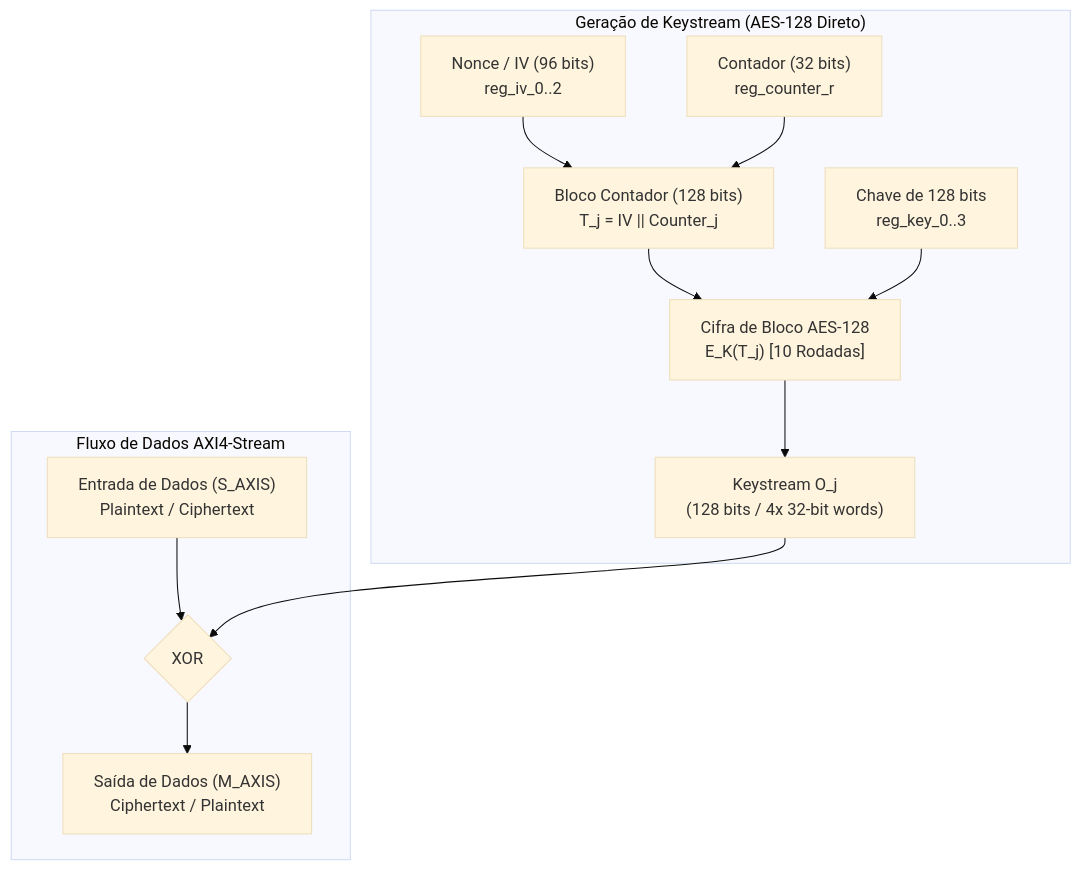
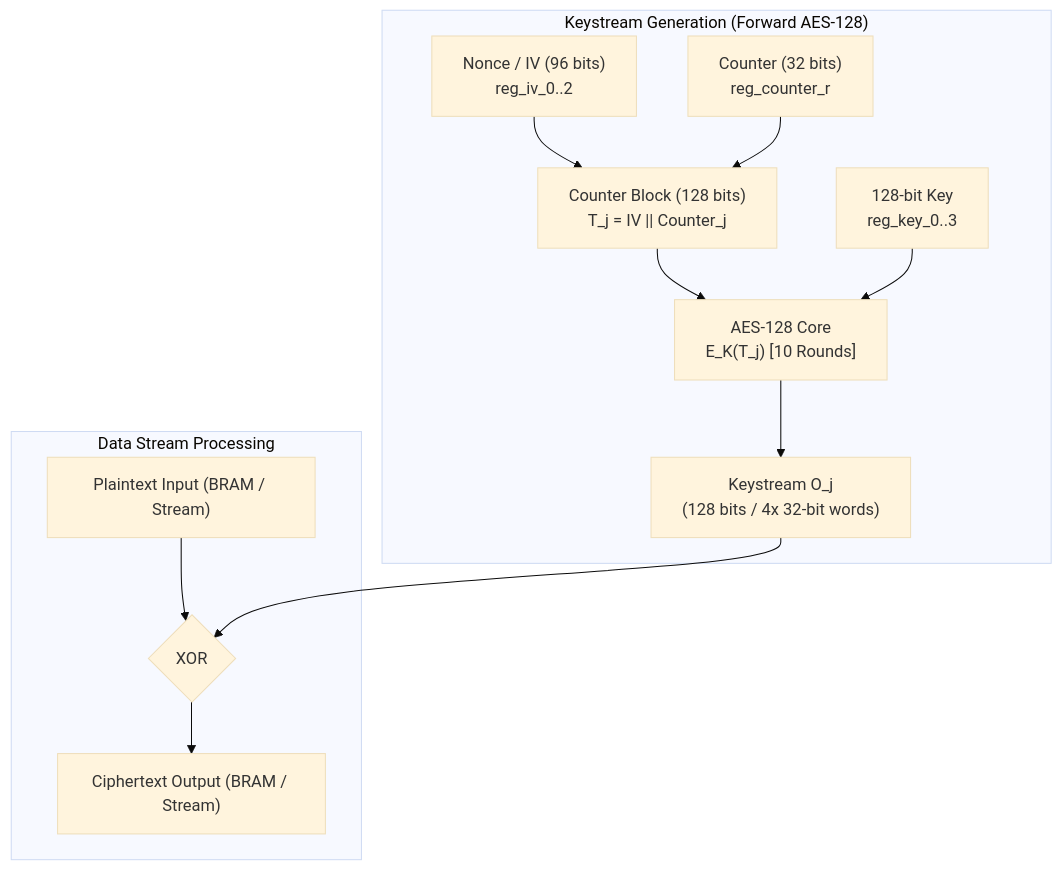
Before and after one commit to luishrmc/soc-proj: the diagram in docs/AES_CTR_ALGORITHM.md, drawn with Mermaid (base theme). The commit also changed other lines of this file and 9 other files, not shown here.

````diff
--- a/docs/AES_CTR_ALGORITHM.md
+++ b/docs/AES_CTR_ALGORITHM.md
@@ -64,16 +66,16 @@
 ```mermaid
 flowchart TD
-    subgraph KeystreamGen ["Geração de Keystream (AES-128 Direto)"]
-        IV["Nonce / IV (96 bits)<br/>reg_iv_0..2"] --> Concat["Bloco Contador (128 bits)<br/>T_j = IV || Counter_j"]
-        CTR["Contador (32 bits)<br/>reg_counter_r"] --> Concat
-        Concat --> AES["Cifra de Bloco AES-128<br/>E_K(T_j) [10 Rodadas]"]
-        Key["Chave de 128 bits<br/>reg_key_0..3"] --> AES
-        AES --> KS["Keystream O_j<br/>(128 bits / 4x 32-bit words)"]
+    subgraph KeystreamGen ["Keystream Generation (Forward AES-128)"]
+        IV["Nonce / IV (96 bits)\nreg_iv_0..2"] --> Concat["Counter Block (128 bits)\nT_j = IV || Counter_j"]
+        CTR["Counter (32 bits)\nreg_counter_r"] --> Concat
+        Concat --> AES["AES-128 Core\nE_K(T_j) [10 Rounds]"]
+        Key["128-bit Key\nreg_key_0..3"] --> AES
+        AES --> KS["Keystream O_j\n(128 bits / 4x 32-bit words)"]
     end
 
-    subgraph Datapath ["Fluxo de Dados AXI4-Stream"]
-        Plain["Entrada de Dados (S_AXIS)<br/>Plaintext / Ciphertext"] --> XOR{"XOR"}
+    subgraph Datapath ["Data Stream Processing"]
+        Plain["Plaintext Input (BRAM / Stream)"] --> XOR{"XOR"}
         KS --> XOR
-        XOR --> Cipher["Saída de Dados (M_AXIS)<br/>Ciphertext / Plaintext"]
+        XOR --> Cipher["Ciphertext Output (BRAM / Stream)"]
     end
 ```
````
